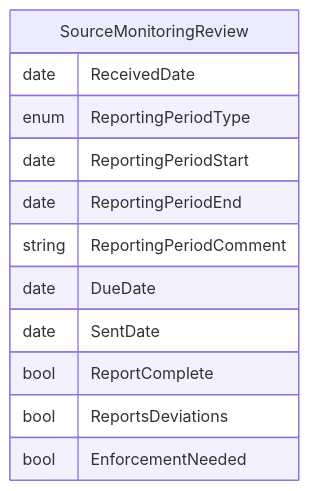
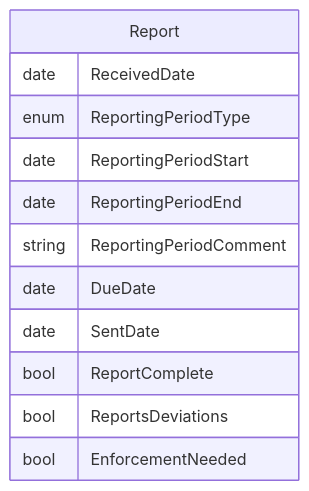
The second of 2 diagrams in docs/Workflows/Work-entries/Report.md (gaepdit/air-web), drawn with Mermaid before and after one commit. The commit also changed 13 other files, not shown here.

````diff
--- a/docs/Workflows/Work-entries/Report.md
+++ b/docs/Workflows/Work-entries/Report.md
@@ -43,15 +43,15 @@
 ```mermaid
 erDiagram
-    SourceMonitoringReview {
+    Report {
         date ReceivedDate
         enum ReportingPeriodType
         date ReportingPeriodStart
         date ReportingPeriodEnd
         string ReportingPeriodComment
         date DueDate
         date SentDate
         bool ReportComplete
         bool ReportsDeviations
         bool EnforcementNeeded
     }
 ```
````
